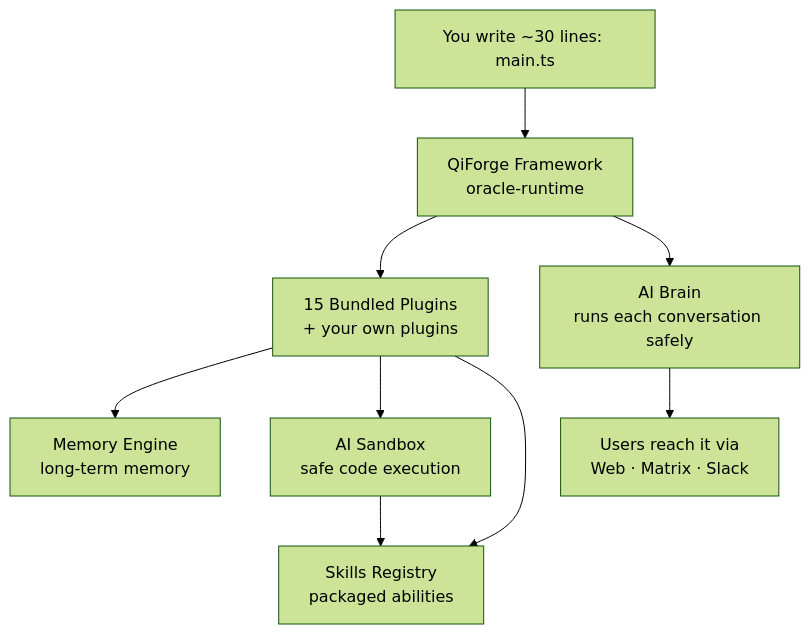
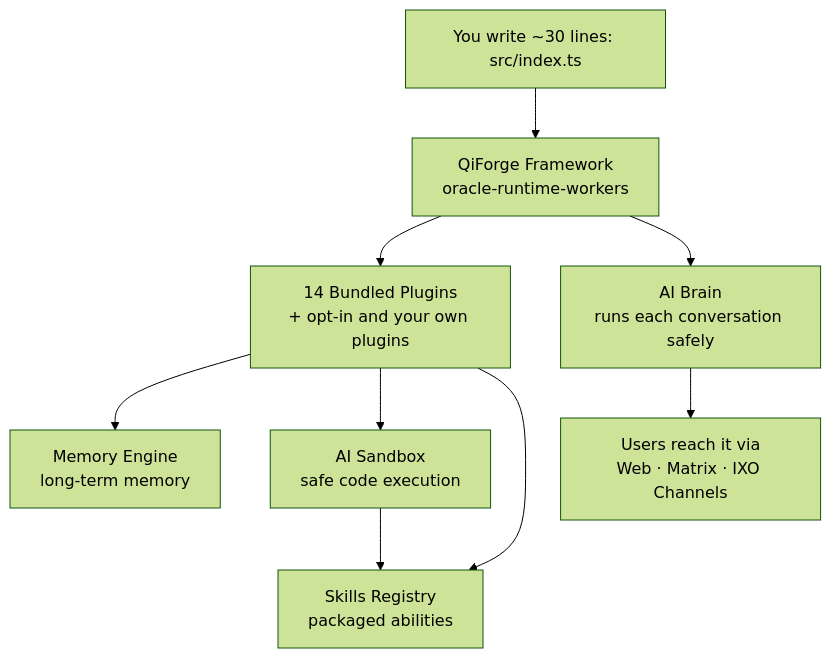
One commit to ixoworld/qiforge changed the diagram in README.md. Above: the diagram before and after it, drawn with Mermaid (forest theme). The commit also changed other lines of this file and 26 other files, not shown here.

````diff
--- a/README.md
+++ b/README.md
@@ -94,11 +103,11 @@
 ```mermaid
 graph TD
-    Dev[You write ~30 lines: main.ts] --> Framework[QiForge Framework<br/>oracle-runtime]
-    Framework --> Plugins[15 Bundled Plugins<br/>+ your own plugins]
+    Dev[You write ~30 lines: src/index.ts] --> Framework[QiForge Framework<br/>oracle-runtime-workers]
+    Framework --> Plugins[14 Bundled Plugins<br/>+ opt-in and your own plugins]
     Framework --> Brain[AI Brain<br/>runs each conversation safely]
     Plugins --> Memory[Memory Engine<br/>long-term memory]
     Plugins --> Sandbox[AI Sandbox<br/>safe code execution]
     Plugins --> Skills[Skills Registry<br/>packaged abilities]
     Sandbox --> Skills
-    Brain --> Channels[Users reach it via<br/>Web · Matrix · Slack]
+    Brain --> Channels[Users reach it via<br/>Web · Matrix · IXO Channels]
 ```
````
